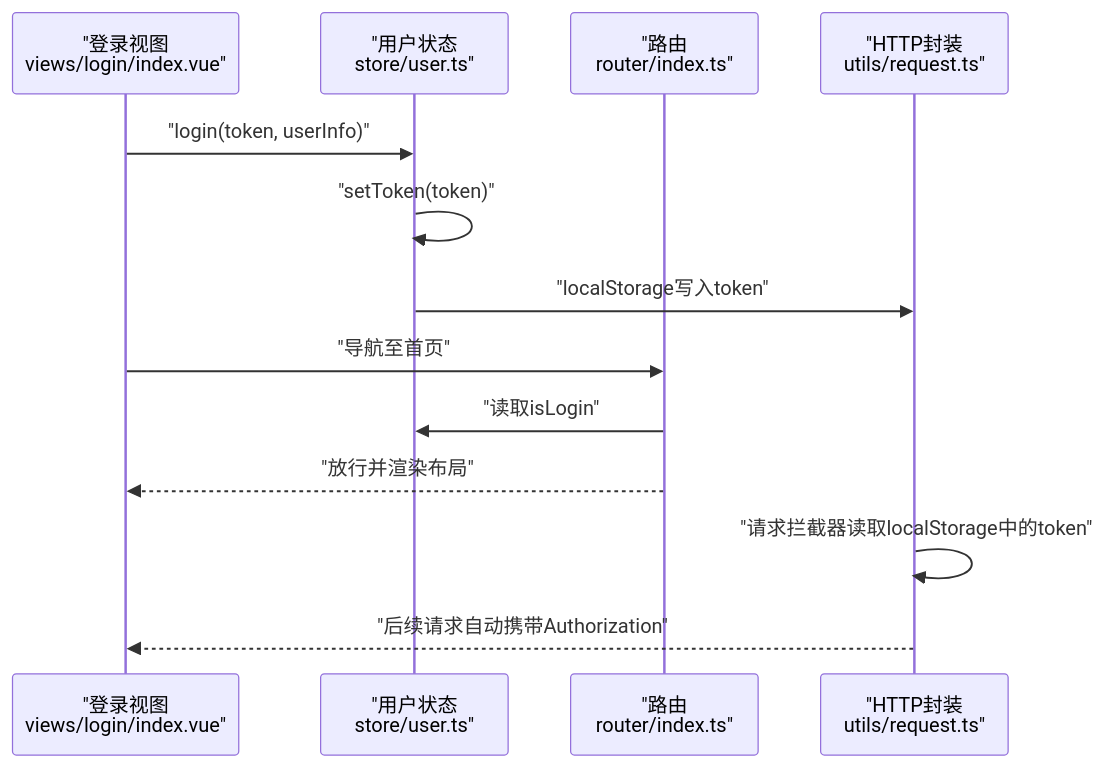
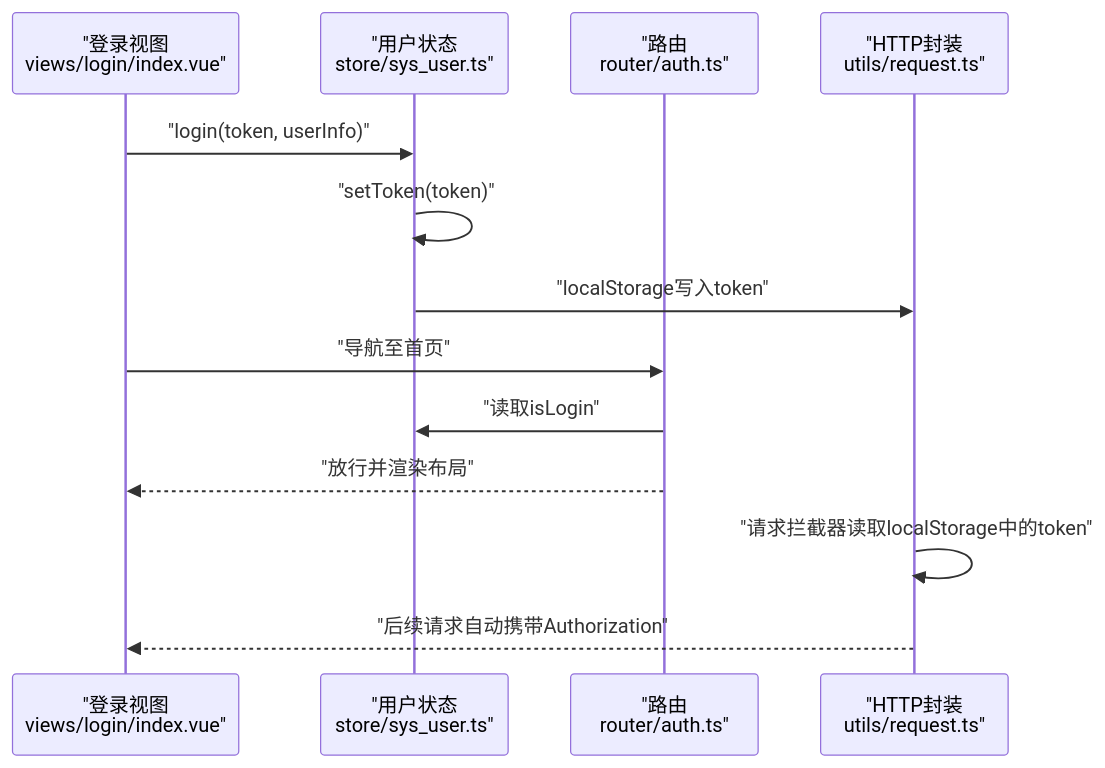
The second of 8 diagrams in .qoder/repowiki/zh/content/核心功能模块/状态管理系统.md (qiseyun/vue-ts-admin), drawn with Mermaid before and after one commit. The commit also changed other lines of this file and 42 other files, not shown here.

````diff
--- a/.qoder/repowiki/zh/content/核心功能模块/状态管理系统.md
+++ b/.qoder/repowiki/zh/content/核心功能模块/状态管理系统.md
@@ -114,15 +114,15 @@
 ```mermaid
 sequenceDiagram
 participant V as "登录视图<br/>views/login/index.vue"
-participant S as "用户状态<br/>store/user.ts"
-participant R as "路由<br/>router/index.ts"
+participant S as "用户状态<br/>store/sys_user.ts"
+participant R as "路由<br/>router/auth.ts"
 participant H as "HTTP封装<br/>utils/request.ts"
 V->>S : "login(token, userInfo)"
 S->>S : "setToken(token)"
 S->>H : "localStorage写入token"
 V->>R : "导航至首页"
 R->>S : "读取isLogin"
 R-->>V : "放行并渲染布局"
 H->>H : "请求拦截器读取localStorage中的token"
 H-->>V : "后续请求自动携带Authorization"
 ```
````
